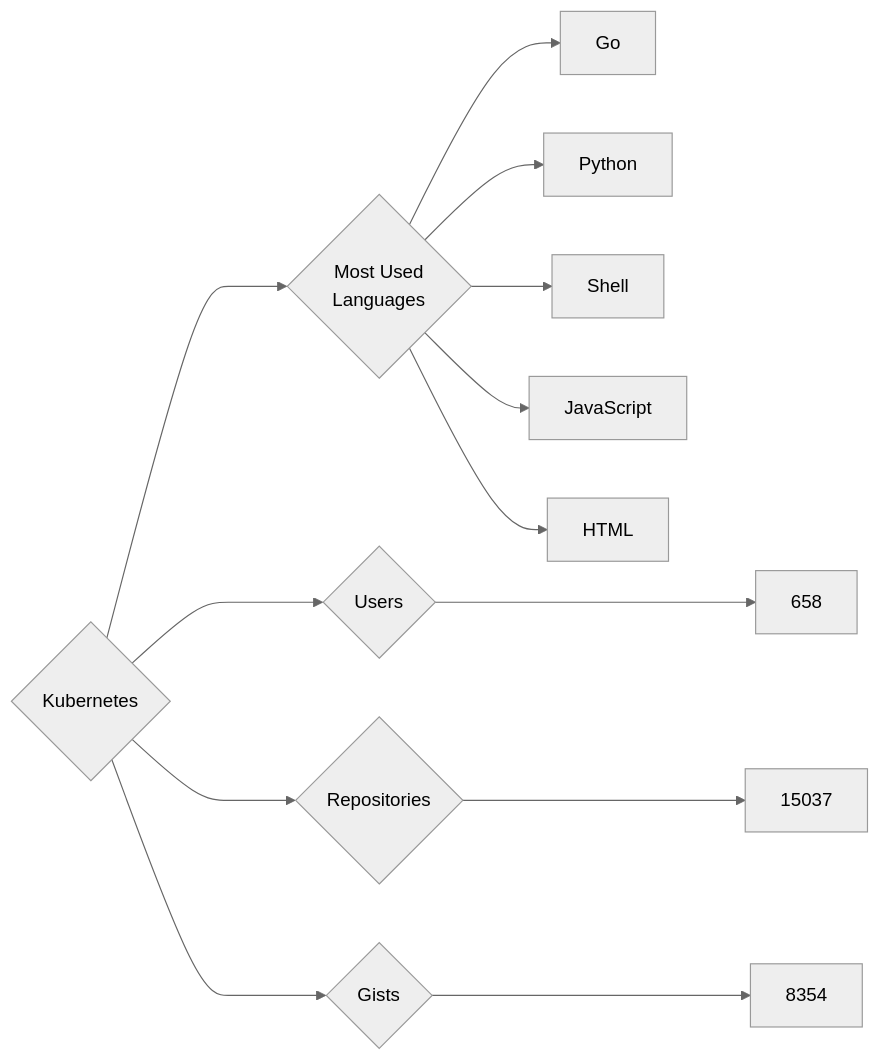
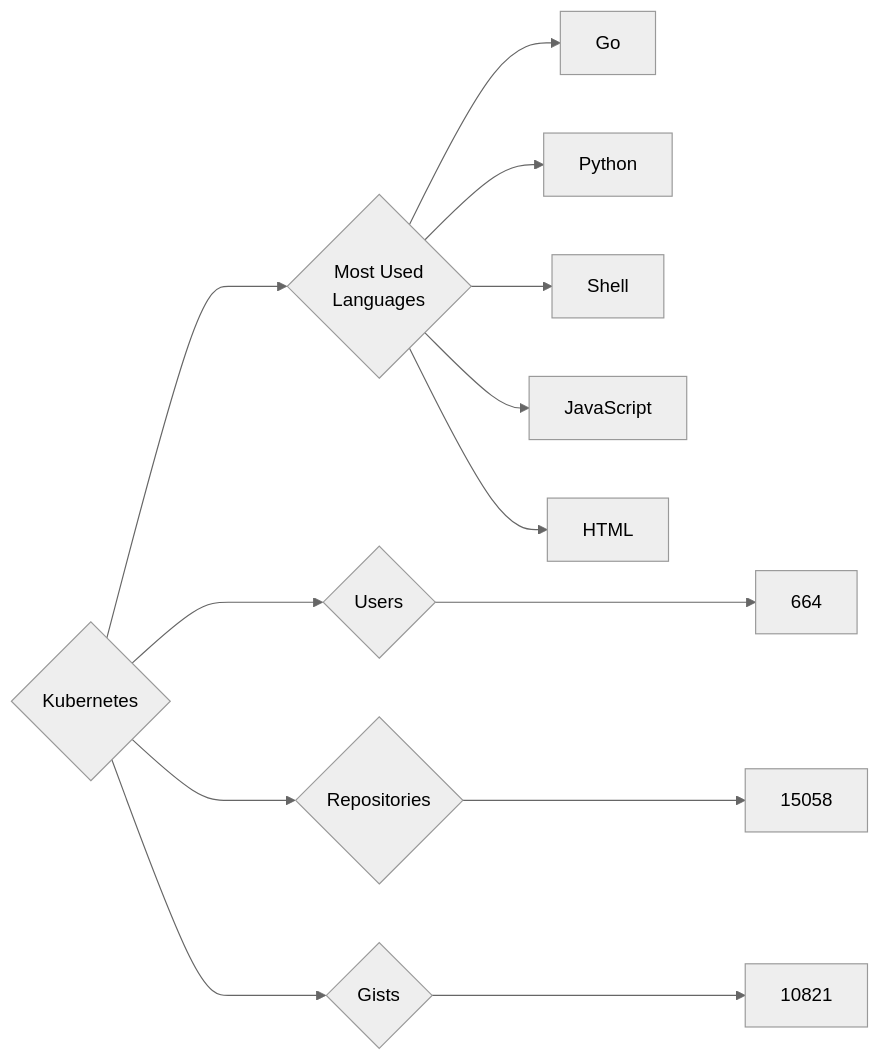
The diagram in targets/Kubernetes/README.md (trickest/insiders), drawn with Mermaid (neutral theme) before and after one commit. The commit also changed 823 other files, not shown here.

````diff
--- a/targets/Kubernetes/README.md
+++ b/targets/Kubernetes/README.md
@@ -3,13 +3,13 @@
 ```mermaid
 graph LR
 COMPANY_NAME{Kubernetes}
-COMPANY_NAME ---> U{Users} ---> UN[658]
-COMPANY_NAME ---> R{Repositories} ---> RN[15037]
-COMPANY_NAME ---> G{Gists} ---> GN[8354]
+COMPANY_NAME ---> U{Users} ---> UN[664]
+COMPANY_NAME ---> R{Repositories} ---> RN[15058]
+COMPANY_NAME ---> G{Gists} ---> GN[10821]
 COMPANY_NAME ---> ML{Most Used<br>Languages}
 ML --> Go[Go]
 ML --> Python[Python]
 ML --> Shell[Shell]
 ML --> JavaScript[JavaScript]
 ML --> HTML[HTML]
 ```
````
